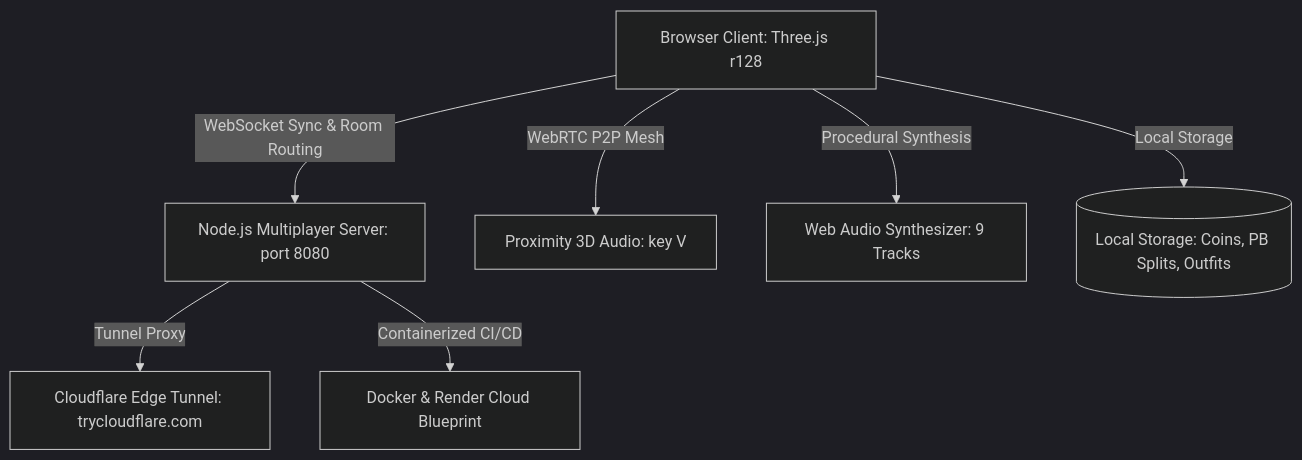
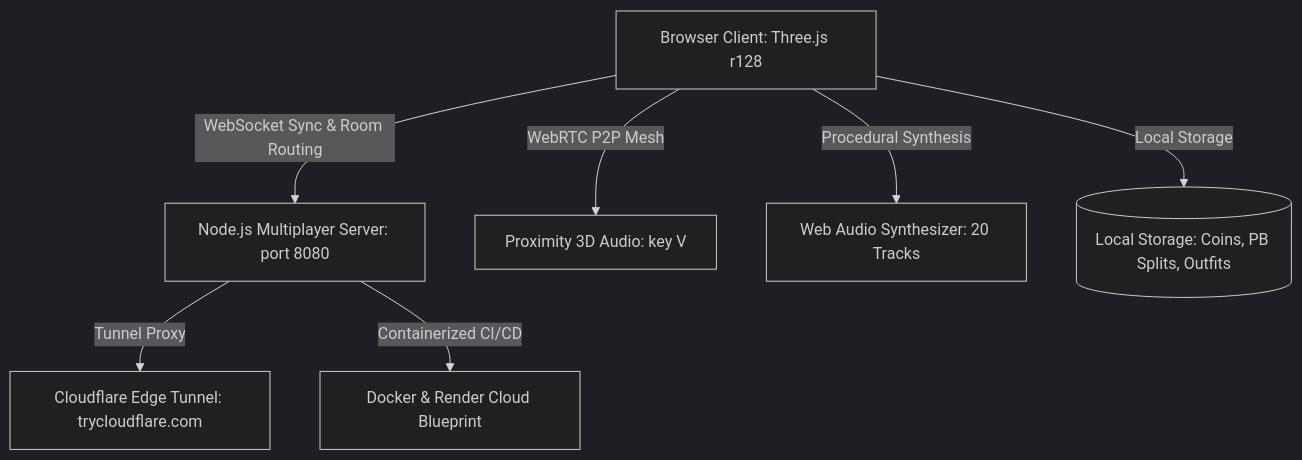
Before and after one commit to soumyadeepmagnusx/roblox-obby-sim: the diagram in README.md, drawn with Mermaid (dark theme). The commit also changed other lines of this file and 4 other files, not shown here.

````diff
--- a/README.md
+++ b/README.md
@@ -14,9 +14,9 @@
 ```mermaid
 flowchart TD
     Client[Browser Client: Three.js r128] -->|WebSocket Sync & Room Routing| Server[Node.js Multiplayer Server: port 8080]
     Client -->|WebRTC P2P Mesh| Voice[Proximity 3D Audio: key V]
-    Client -->|Procedural Synthesis| Music[Web Audio Synthesizer: 9 Tracks]
+    Client -->|Procedural Synthesis| Music[Web Audio Synthesizer: 20 Tracks]
     Client -->|Local Storage| Storage[(Local Storage: Coins, PB Splits, Outfits)]
     Server -->|Tunnel Proxy| Cloudflare[Cloudflare Edge Tunnel: trycloudflare.com]
     Server -->|Containerized CI/CD| Docker[Docker & Render Cloud Blueprint]
 ```
````
